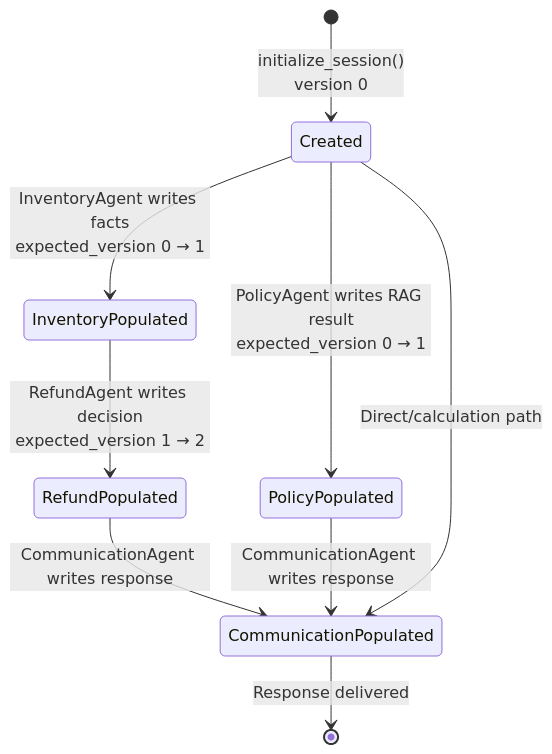
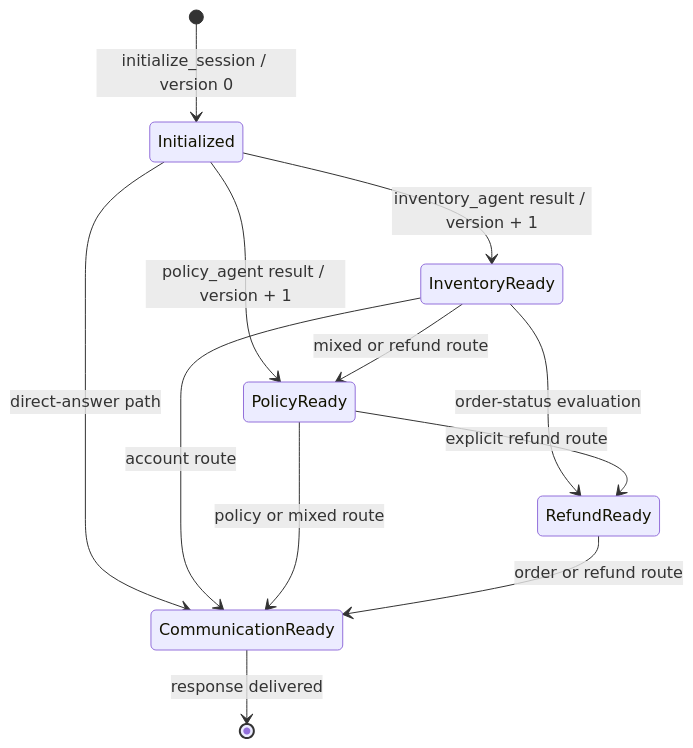
The fourth of 5 diagrams in docs/SYSTEM_ARCHITECTURE.md (Nitin-Mane/Multi-Agent-E-commerce-RAG), drawn with Mermaid before and after one commit. The commit also changed other lines of this file and 5 other files, not shown here.

Commit message:
docs: add professional architecture and lifecycle diagrams

````diff
--- a/docs/SYSTEM_ARCHITECTURE.md
+++ b/docs/SYSTEM_ARCHITECTURE.md
@@ -104,11 +179,14 @@
 ```mermaid
 stateDiagram-v2
-    [*] --> Created: initialize_session()<br/>version 0
-    Created --> InventoryPopulated: InventoryAgent writes facts<br/>expected_version 0 → 1
-    InventoryPopulated --> RefundPopulated: RefundAgent writes decision<br/>expected_version 1 → 2
-    Created --> PolicyPopulated: PolicyAgent writes RAG result<br/>expected_version 0 → 1
-    RefundPopulated --> CommunicationPopulated: CommunicationAgent writes response
-    PolicyPopulated --> CommunicationPopulated: CommunicationAgent writes response
-    Created --> CommunicationPopulated: Direct/calculation path
-    CommunicationPopulated --> [*]: Response delivered
+    [*] --> Initialized: initialize_session / version 0
+    Initialized --> InventoryReady: inventory_agent result / version + 1
+    Initialized --> PolicyReady: policy_agent result / version + 1
+    Initialized --> CommunicationReady: direct-answer path
+    InventoryReady --> PolicyReady: mixed or refund route
+    InventoryReady --> RefundReady: order-status evaluation
+    PolicyReady --> RefundReady: explicit refund route
+    InventoryReady --> CommunicationReady: account route
+    PolicyReady --> CommunicationReady: policy or mixed route
+    RefundReady --> CommunicationReady: order or refund route
+    CommunicationReady --> [*]: response delivered
 ```
````
